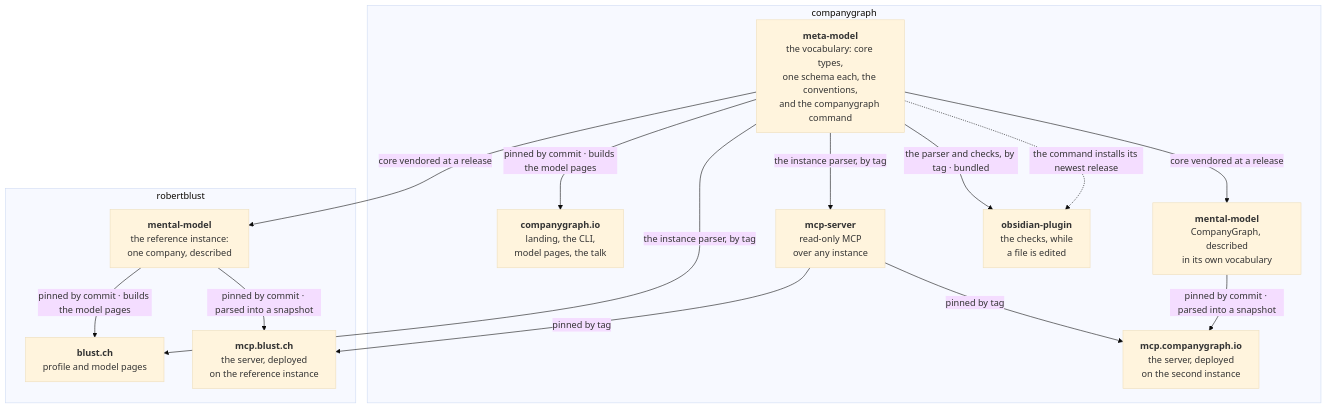
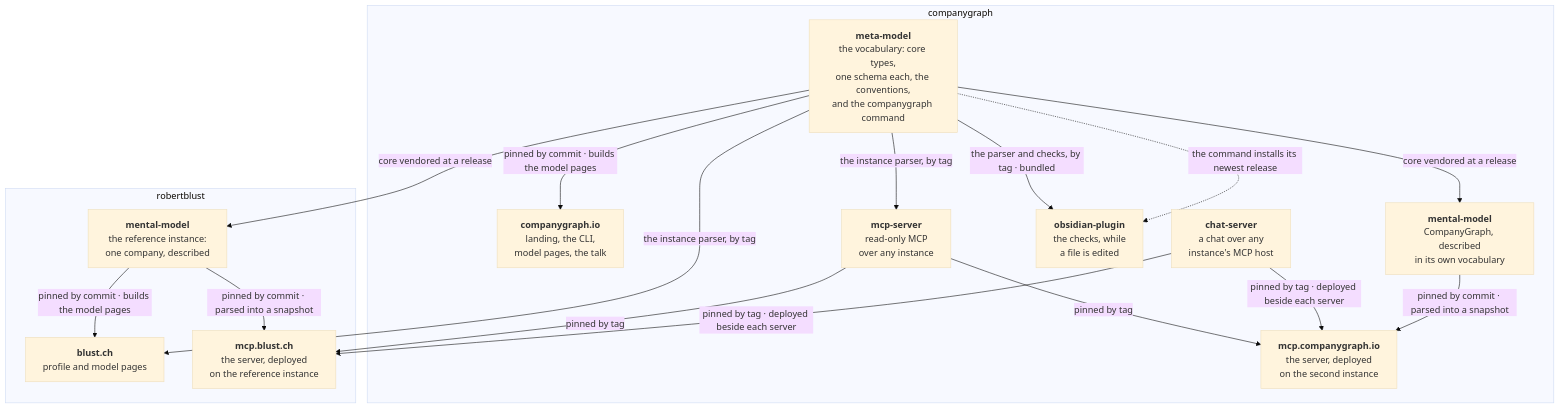
One commit to companygraph/.github changed the diagram in profile/README.md. Above: the diagram before and after it, drawn with Mermaid (base theme). The commit also changed other lines of this file, not shown here.

First line of the commit message:
The chat is on the profile

````diff
--- a/profile/README.md
+++ b/profile/README.md
@@ -26,30 +27,33 @@
 ```mermaid
 flowchart TB
     subgraph cg["companygraph"]
         MM["<b>meta-model</b><br/>the vocabulary: core types,<br/>one schema each, the conventions,<br/>and the companygraph command"]
         SITE["<b>companygraph.io</b><br/>landing, the CLI,<br/>model pages, the talk"]
         MCP["<b>mcp-server</b><br/>read-only MCP<br/>over any instance"]
         CGMM["<b>mental-model</b><br/>CompanyGraph, described<br/>in its own vocabulary"]
         PLUGIN["<b>obsidian-plugin</b><br/>the checks, while<br/>a file is edited"]
         MCPCG["<b>mcp.companygraph.io</b><br/>the server, deployed<br/>on the second instance"]
+        CHAT["<b>chat-server</b><br/>a chat over any<br/>instance's MCP host"]
     end
 
     subgraph rb["robertblust"]
         MENTAL["<b>mental-model</b><br/>the reference instance:<br/>one company, described"]
         BLUST["<b>blust.ch</b><br/>profile and model pages"]
         MCPD["<b>mcp.blust.ch</b><br/>the server, deployed<br/>on the reference instance"]
     end
 
     MM -- "core vendored at a release" --> MENTAL
     MM -- "core vendored at a release" --> CGMM
     MM -- "the parser and checks, by tag · bundled" --> PLUGIN
     MM -. "the command installs its newest release" .-> PLUGIN
     MM -- "pinned by commit · builds the model pages" --> SITE
     MENTAL -- "pinned by commit · builds the model pages" --> BLUST
     MM -- "the instance parser, by tag" --> BLUST
     MM -- "the instance parser, by tag" --> MCP
     MCP -- "pinned by tag" --> MCPD
     MENTAL -- "pinned by commit · parsed into a snapshot" --> MCPD
     MCP -- "pinned by tag" --> MCPCG
+    CHAT -- "pinned by tag · deployed beside each server" --> MCPD
+    CHAT -- "pinned by tag · deployed beside each server" --> MCPCG
     CGMM -- "pinned by commit · parsed into a snapshot" --> MCPCG
 ```
````
